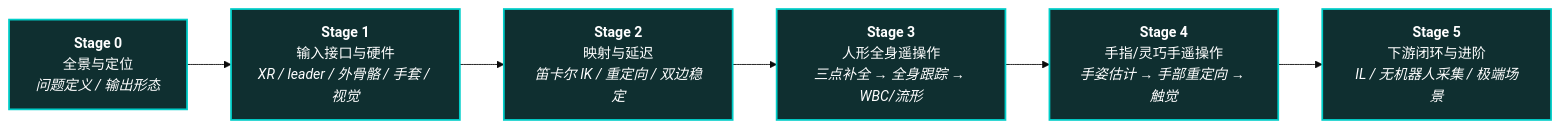
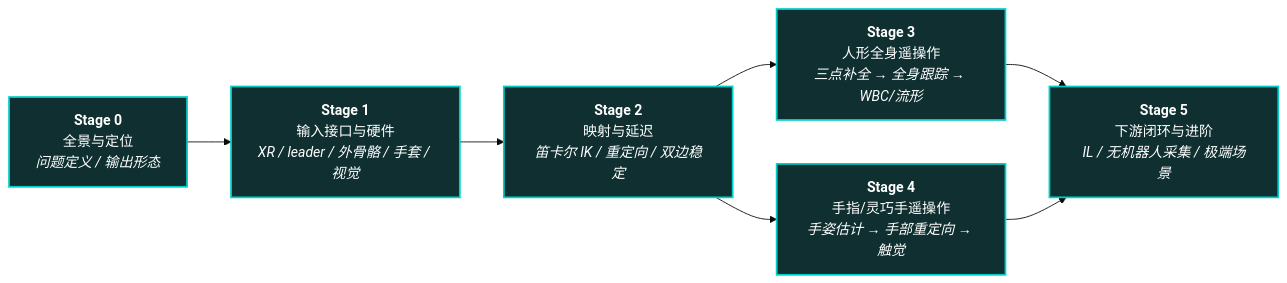
The diagram in roadmap/depth-teleoperation.md (ImChong/Robotics_Notebooks), drawn with Mermaid (base theme) before and after one commit. The commit also changed other lines of this file and 20 other files, not shown here.

First line of the commit message:
docs(roadmap): 校正学习依赖与模型分类并补齐近期知识入口

````diff
--- a/roadmap/depth-teleoperation.md
+++ b/roadmap/depth-teleoperation.md
@@ -11,14 +11,16 @@
 ```mermaid
 flowchart LR
   S0["<b>Stage 0</b><br/>全景与定位<br/><em>问题定义 / 输出形态</em>"]
   S1["<b>Stage 1</b><br/>输入接口与硬件<br/><em>XR / leader / 外骨骼 / 手套 / 视觉</em>"]
   S2["<b>Stage 2</b><br/>映射与延迟<br/><em>笛卡尔 IK / 重定向 / 双边稳定</em>"]
   S3["<b>Stage 3</b><br/>人形全身遥操作<br/><em>三点补全 → 全身跟踪 → WBC/流形</em>"]
   S4["<b>Stage 4</b><br/>手指/灵巧手遥操作<br/><em>手姿估计 → 手部重定向 → 触觉</em>"]
   S5["<b>Stage 5</b><br/>下游闭环与进阶<br/><em>IL / 无机器人采集 / 极端场景</em>"]
 
-  S0 --> S1 --> S2 --> S3 --> S4 --> S5
+  S0 --> S1 --> S2
+  S2 --> S3 --> S5
+  S2 --> S4 --> S5
 
   classDef stage fill:#0f2f30,stroke:#00cec9,stroke-width:2px,color:#fff
   class S0,S1,S2,S3,S4,S5 stage
 ```
````
